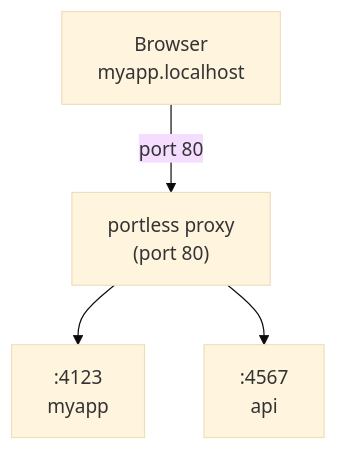
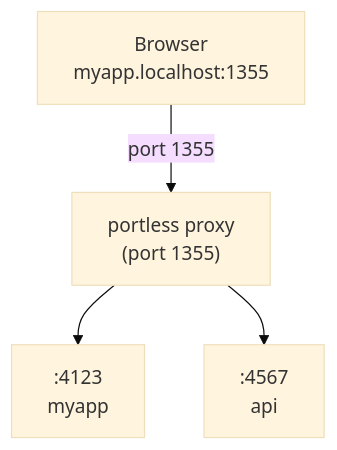
The diagram in README.md (susanforme/portless), drawn with Mermaid (base theme) before and after one commit. The commit also changed other lines of this file and 14 other files, not shown here.

````diff
--- a/README.md
+++ b/README.md
@@ -71,11 +71,11 @@
 ```mermaid
 flowchart TD
-    Browser["Browser\nmyapp.localhost"]
-    Proxy["portless proxy\n(port 80)"]
+    Browser["Browser\nmyapp.localhost:1355"]
+    Proxy["portless proxy\n(port 1355)"]
     App1[":4123\nmyapp"]
     App2[":4567\napi"]
 
-    Browser -->|port 80| Proxy
+    Browser -->|port 1355| Proxy
     Proxy --> App1
     Proxy --> App2
 ```
````
